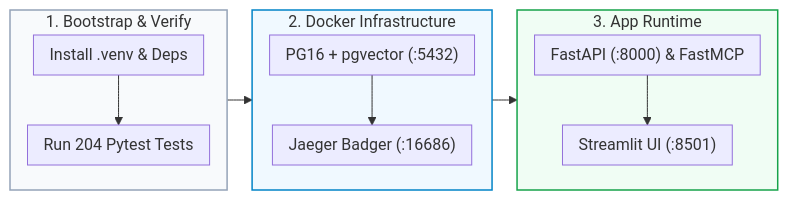
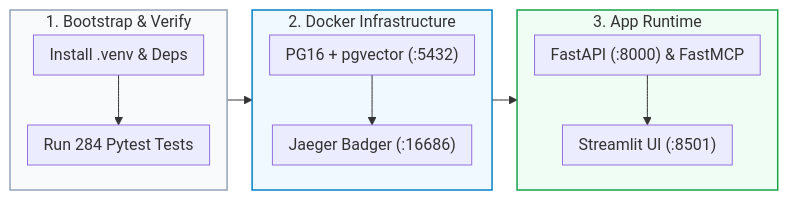
Before and after one commit to Kenono2000/enterprise-rag-pgvector-rbac: the third of 8 diagrams in README.md, drawn with Mermaid. The commit also changed other lines of this file and 9 other files, not shown here.

````diff
--- a/README.md
+++ b/README.md
@@ -84,20 +84,20 @@
 ```mermaid
 %%{init: {'flowchart': {'nodeSpacing': 15, 'rankSpacing': 25, 'padding': 8}}}%%
 flowchart LR
     subgraph DevBootstrap ["1. Bootstrap & Verify"]
         direction TB
-        Venv["Install .venv & Deps"] --> Pytest["Run 204 Pytest Tests"]
+        Venv["Install .venv & Deps"] --> Pytest["Run 284 Pytest Tests"]
     end
     subgraph Containers ["2. Docker Infrastructure"]
         direction TB
         PG16["PG16 + pgvector (:5432)"] --> Jaeger["Jaeger Badger (:16686)"]
     end
     subgraph Services ["3. App Runtime"]
         direction TB
         FastAPI["FastAPI (:8000) & FastMCP"] --> Streamlit["Streamlit UI (:8501)"]
     end
     DevBootstrap --> Containers --> Services
     style DevBootstrap fill:#f8fafc,stroke:#94a3b8,stroke-width:1.5px
     style Containers fill:#f0f9ff,stroke:#0284c7,stroke-width:1.5px
     style Services fill:#f0fdf4,stroke:#16a34a,stroke-width:1.5px
 ```
````
